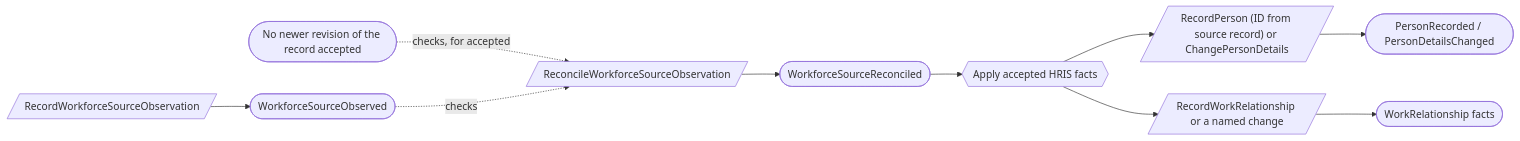
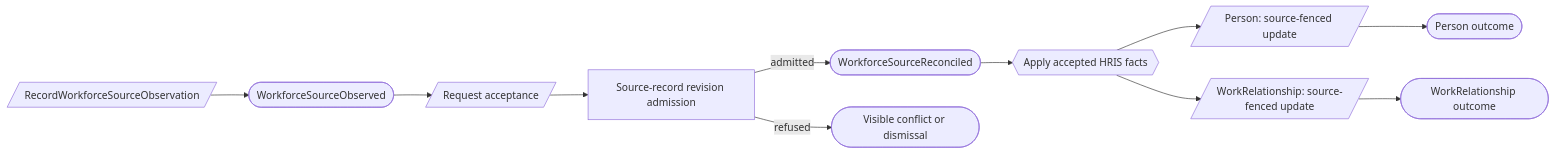
Before and after one commit to bdgrz/compliance-core: the second of 3 diagrams in docs/proposed/contexts/workforce-assurance.md, drawn with Mermaid. The commit also changed other lines of this file and 1812 other files, not shown here.

````diff
--- a/docs/proposed/contexts/workforce-assurance.md
+++ b/docs/proposed/contexts/workforce-assurance.md
@@ -193,9 +303,10 @@
 ```mermaid
 flowchart LR
     C1[/RecordWorkforceSourceObservation/] --> E1([WorkforceSourceObserved])
-    N([No newer revision of the record accepted]) -. "checks, for accepted" .-> C2
-    E1 -. checks .-> C2[/ReconcileWorkforceSourceObservation/] --> E2([WorkforceSourceReconciled])
+    E1 --> C2[/Request acceptance/] --> G["Source-record revision admission"]
+    G -->|admitted| E2([WorkforceSourceReconciled])
+    G -->|refused| X([Visible conflict or dismissal])
     E2 --> R1{{Apply accepted HRIS facts}}
-    R1 --> C3[/"RecordPerson (ID from source record) or ChangePersonDetails"/] --> E3([PersonRecorded / PersonDetailsChanged])
-    R1 --> C4[/RecordWorkRelationship or a named change/] --> E4([WorkRelationship facts])
+    R1 --> C3[/Person: source-fenced update/] --> E3([Person outcome])
+    R1 --> C4[/WorkRelationship: source-fenced update/] --> E4([WorkRelationship outcome])
 ```
````
